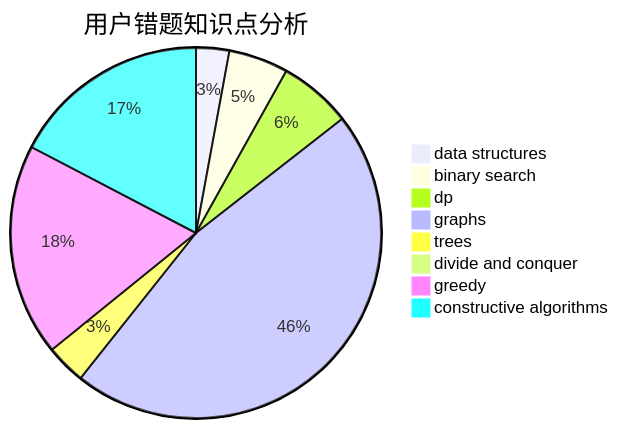
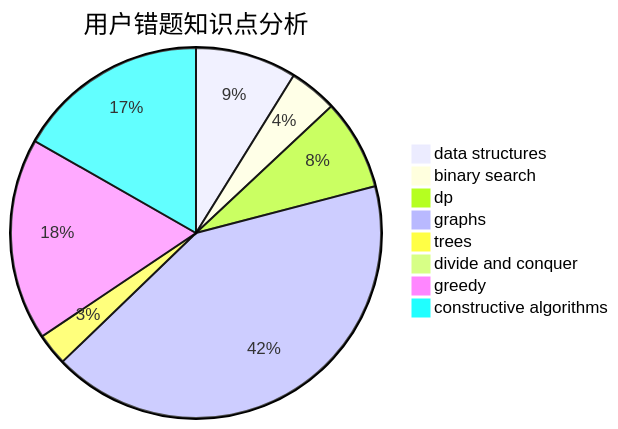
The third of 3 diagrams in docs/user/u2606.md (sherpahu/cfrs.github.io), drawn with Mermaid before and after one commit. The commit also changed other lines of this file and 2770 other files, not shown here.

````diff
--- a/docs/user/u2606.md
+++ b/docs/user/u2606.md
@@ -36,11 +36,11 @@
 ```mermaid
 pie title 用户错题知识点分析
-    "data structures" :  5
+    "data structures" :  19
     "binary search" :  9
-    "dp" :  11
-    "graphs" :  80
+    "dp" :  17
+    "graphs" :  90
     "trees" :  6
     "divide and conquer" :  1
-    "greedy" :  32
-    "constructive algorithms" :  30
+    "greedy" :  38
+    "constructive algorithms" :  36
 ```
````
